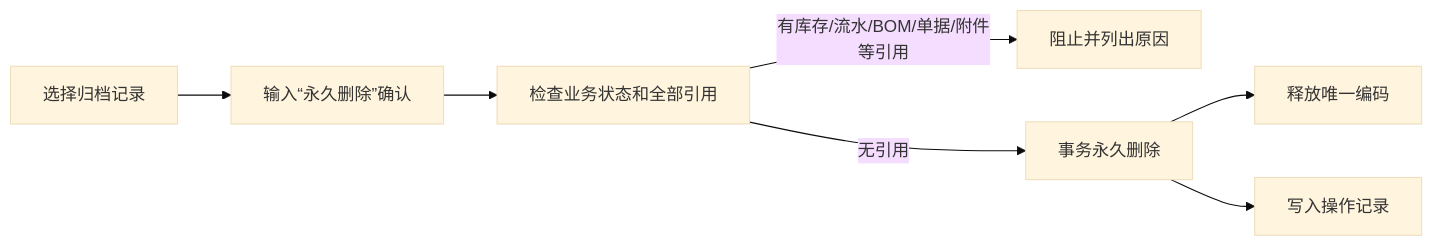
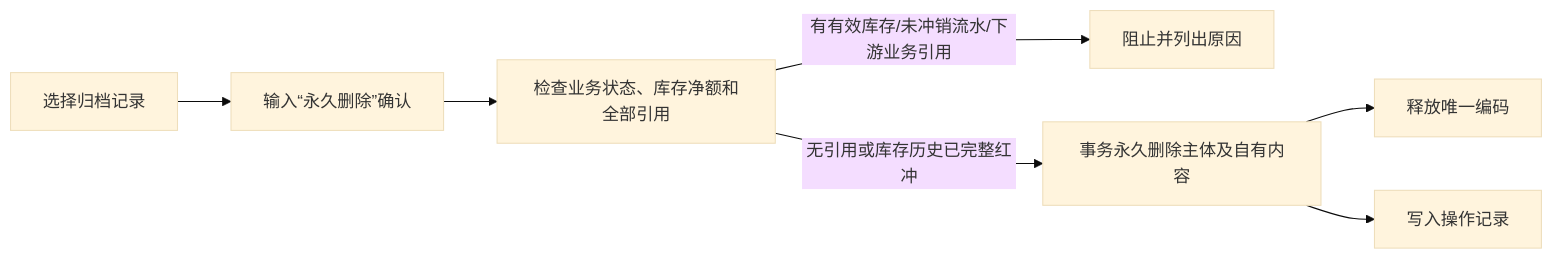
The fifth of 15 diagrams in docs/minierp/system-function-flow.md (goldf2/mes-lite), drawn with Mermaid (base theme) before and after one commit. The commit also changed other lines of this file and 14 other files, not shown here.

````diff
--- a/docs/minierp/system-function-flow.md
+++ b/docs/minierp/system-function-flow.md
@@ -182,9 +182,9 @@
 ```mermaid
 flowchart LR
   A["选择归档记录"] --> B["输入“永久删除”确认"]
-  B --> C["检查业务状态和全部引用"]
-  C -->|有库存/流水/BOM/单据/附件等引用| D["阻止并列出原因"]
-  C -->|无引用| E["事务永久删除"]
+  B --> C["检查业务状态、库存净额和全部引用"]
+  C -->|有有效库存/未冲销流水/下游业务引用| D["阻止并列出原因"]
+  C -->|无引用或库存历史已完整红冲| E["事务永久删除主体及自有内容"]
   E --> F["释放唯一编码"]
   E --> G["写入操作记录"]
 ```
````
